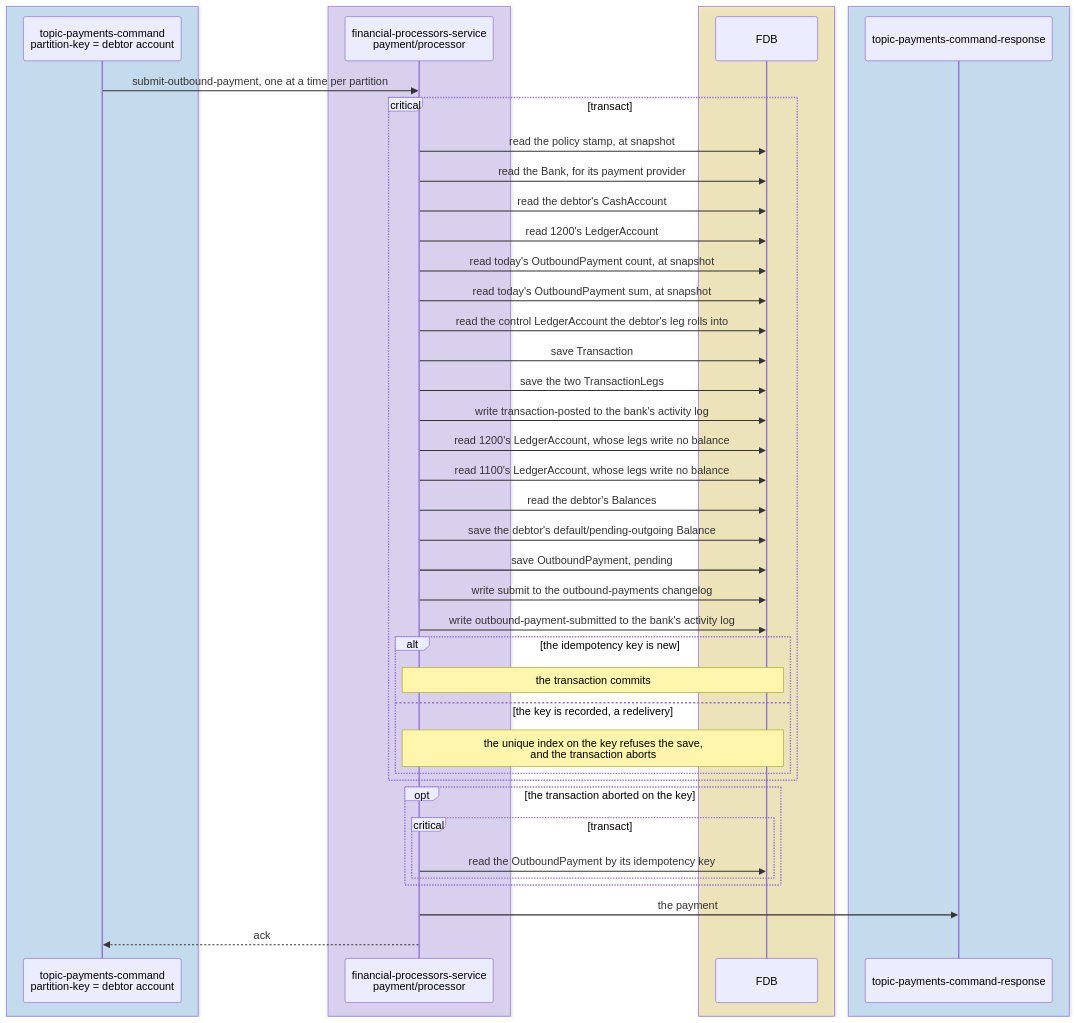
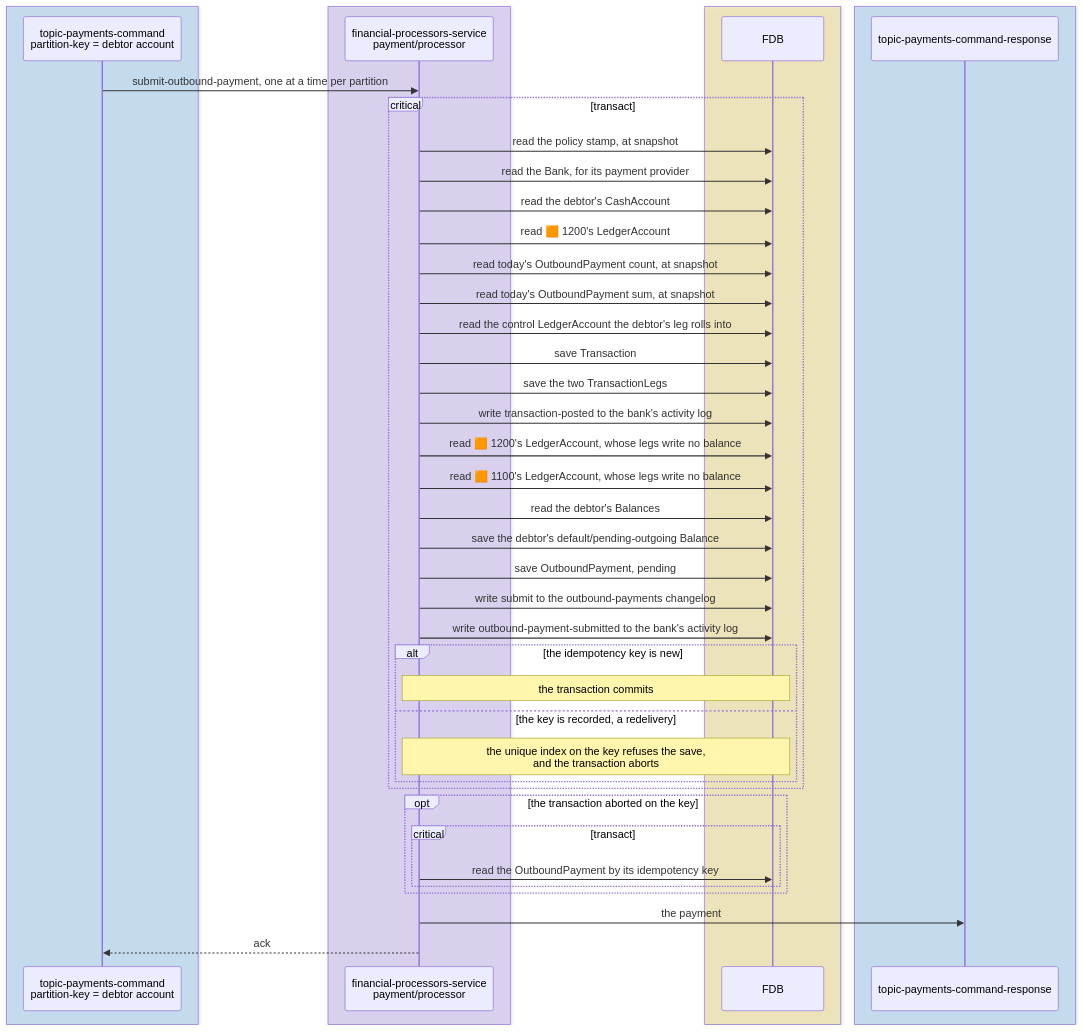
Before and after one commit to repldriven/queenswood: the third of 15 diagrams in docs/tdd/payments-outbound.md, drawn with Mermaid. The commit also changed other lines of this file and 2 other files, not shown here.

Commit message:
Mark each ledger account in the diagrams with its type's colour

````diff
--- a/docs/tdd/payments-outbound.md
+++ b/docs/tdd/payments-outbound.md
@@ -150,47 +152,47 @@
 ```mermaid
 sequenceDiagram
     box rgba(165, 216, 255, 0.45)
     participant PC as topic-payments-command<br/>partition-key = debtor account
     end
     box rgba(208, 191, 255, 0.45)
     participant PP as financial-processors-service<br/>payment/processor
     end
     box rgba(255, 236, 153, 0.5)
     participant DB as FDB
     end
     box rgba(165, 216, 255, 0.45)
     participant PR as topic-payments-command-response
     end
     PC->>PP: submit-outbound-payment, one at a time per partition
     critical transact
     PP->>DB: read the policy stamp, at snapshot
     PP->>DB: read the Bank, for its payment provider
     PP->>DB: read the debtor's CashAccount
-    PP->>DB: read 1200's LedgerAccount
+    PP->>DB: read 🟧 1200's LedgerAccount
     PP->>DB: read today's OutboundPayment count, at snapshot
     PP->>DB: read today's OutboundPayment sum, at snapshot
     PP->>DB: read the control LedgerAccount the debtor's leg rolls into
     PP->>DB: save Transaction
     PP->>DB: save the two TransactionLegs
     PP->>DB: write transaction-posted to the bank's activity log
-    PP->>DB: read 1200's LedgerAccount, whose legs write no balance
-    PP->>DB: read 1100's LedgerAccount, whose legs write no balance
+    PP->>DB: read 🟧 1200's LedgerAccount, whose legs write no balance
+    PP->>DB: read 🟧 1100's LedgerAccount, whose legs write no balance
     PP->>DB: read the debtor's Balances
     PP->>DB: save the debtor's default/pending-outgoing Balance
     PP->>DB: save OutboundPayment, pending
     PP->>DB: write submit to the outbound-payments changelog
     PP->>DB: write outbound-payment-submitted to the bank's activity log
     alt the idempotency key is new
     Note over PP,DB: the transaction commits
     else the key is recorded, a redelivery
     Note over PP,DB: the unique index on the key refuses the save,<br/>and the transaction aborts
     end
     end
     opt the transaction aborted on the key
     critical transact
     PP->>DB: read the OutboundPayment by its idempotency key
     end
     end
     PP->>PR: the payment
     PP-->>PC: ack
 ```
````
